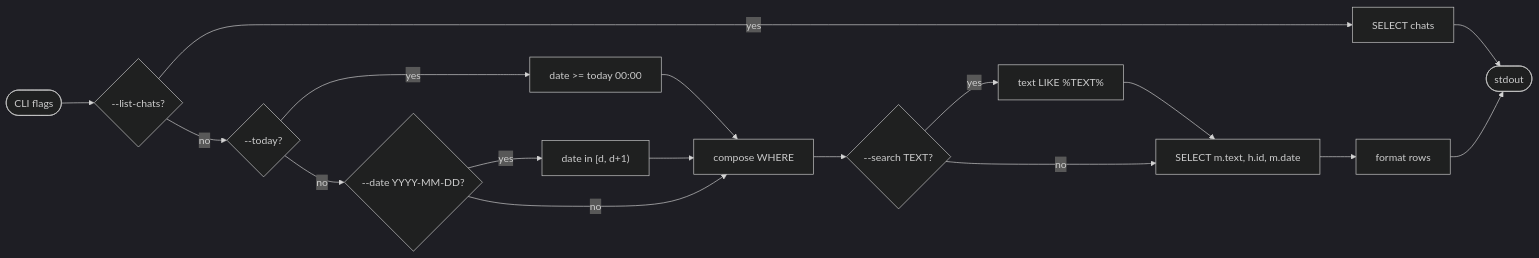
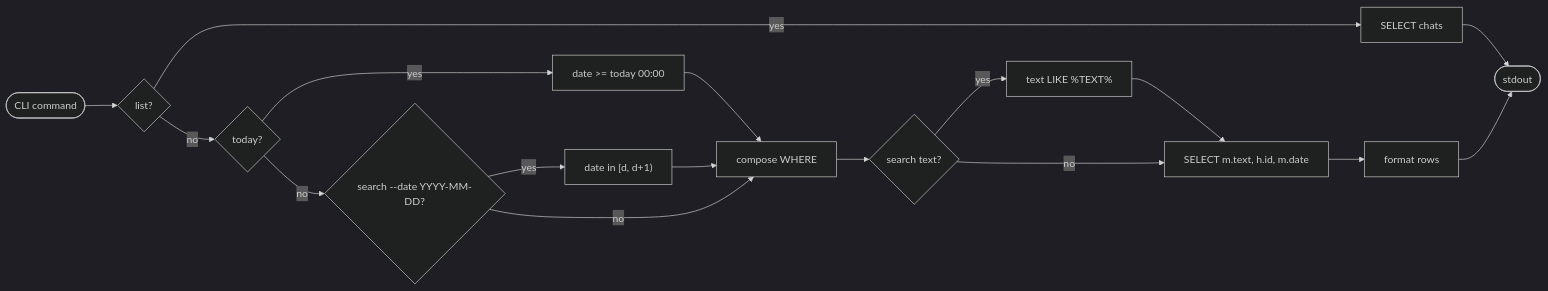
One commit to ml-lubich/imessage-exporter changed the second of 5 diagrams in README.md. Above: the diagram before and after it, drawn with Mermaid (dark theme). The commit also changed other lines of this file and 10 other files, not shown here.

````diff
--- a/README.md
+++ b/README.md
@@ -41,27 +46,27 @@
 ```mermaid
 flowchart LR
-    A([CLI flags])
-    B{"--list-chats?"}
+    A([CLI command])
+    B{"list?"}
     C["SELECT chats"]
-    D{"--today?"}
+    D{"today?"}
     E["date >= today 00:00"]
-    F{"--date YYYY-MM-DD?"}
+    F{"search --date YYYY-MM-DD?"}
     G["date in [d, d+1)"]
-    H{"--search TEXT?"}
+    H{"search text?"}
     I["text LIKE %TEXT%"]
     J["compose WHERE"]
     K["SELECT m.text, h.id, m.date"]
     L["format rows"]
     Z([stdout])
     A --> B
     B -- yes --> C --> Z
     B -- no  --> D
     D -- yes --> E --> J
     D -- no  --> F
     F -- yes --> G --> J
     F -- no  --> J
     J --> H
     H -- yes --> I --> K
     H -- no  --> K
     K --> L --> Z
 ```
````
